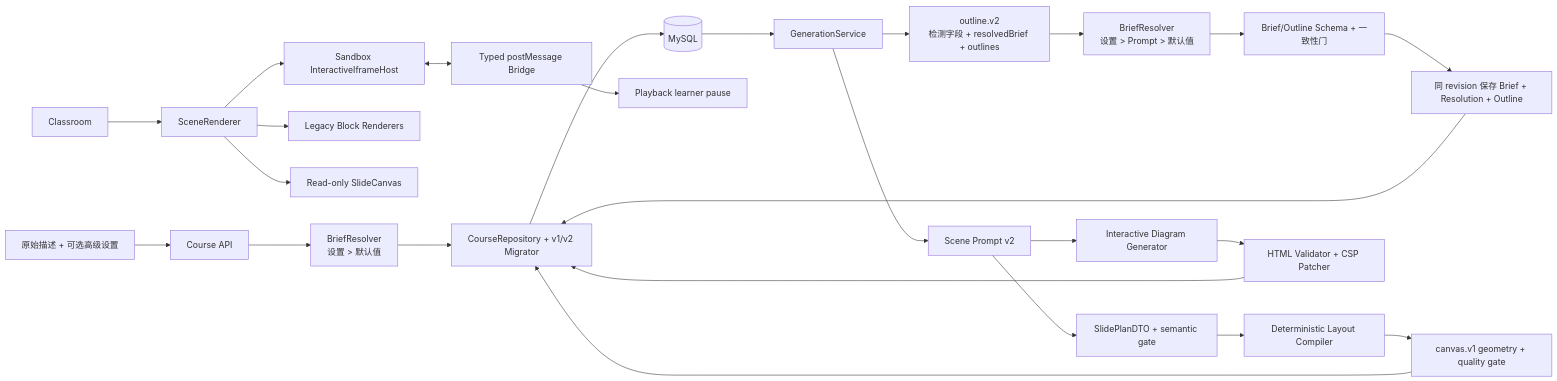
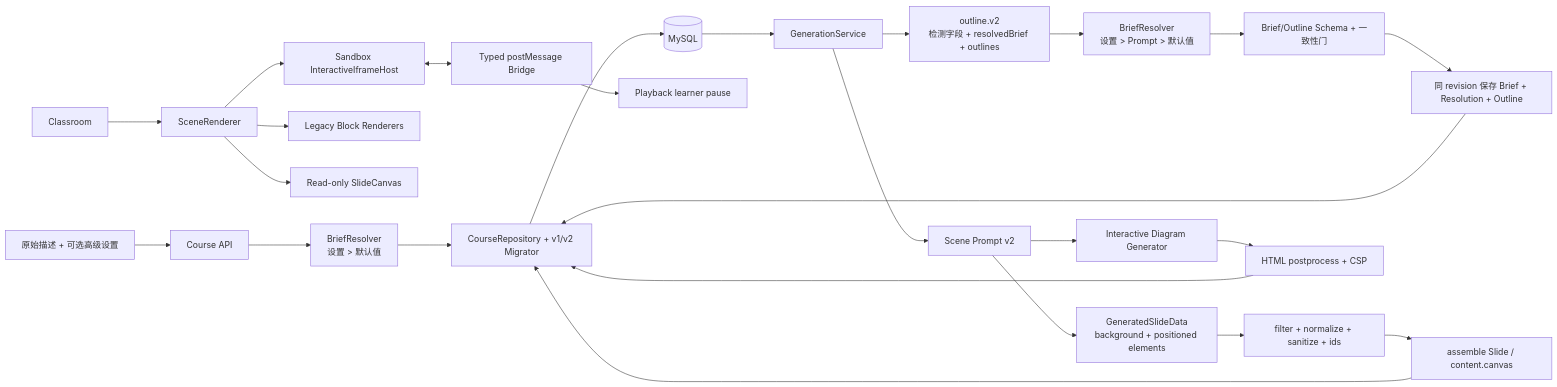
The second of 4 diagrams in docs/03-architecture.md (shuige666666/ai-teaching-assistance-platform), drawn with Mermaid before and after one commit. The commit also changed other lines of this file and 10 other files, not shown here.

````diff
--- a/docs/03-architecture.md
+++ b/docs/03-architecture.md
@@ -245,30 +251,30 @@
 ```mermaid
 flowchart LR
     Input["原始描述 + 可选高级设置"] --> CourseAPI["Course API"]
     CourseAPI --> Provisional["BriefResolver<br/>设置 > 默认值"]
     Provisional --> Repo["CourseRepository + v1/v2 Migrator"]
     Repo --> DB[(MySQL)]
 
     DB --> Generation["GenerationService"]
     Generation --> OutlineV2["outline.v2<br/>检测字段 + resolvedBrief + outlines"]
     OutlineV2 --> Resolve["BriefResolver<br/>设置 > Prompt > 默认值"]
     Resolve --> OutlineGate["Brief/Outline Schema + 一致性门"]
     OutlineGate --> AtomicSave["同 revision 保存 Brief + Resolution + Outline"]
     AtomicSave --> Repo
 
     Generation --> PromptV2["Scene Prompt v2"]
-    PromptV2 --> SlidePlan["SlidePlanDTO + semantic gate"]
-    SlidePlan --> LayoutCompiler["Deterministic Layout Compiler"]
-    LayoutCompiler --> CanvasGate["canvas.v1 geometry + quality gate"]
-    CanvasGate --> Repo
+    PromptV2 --> SlideData["GeneratedSlideData<br/>background + positioned elements"]
+    SlideData --> Normalize["filter + normalize + sanitize + ids"]
+    Normalize --> AssembleSlide["assemble Slide / content.canvas"]
+    AssembleSlide --> Repo
     PromptV2 --> InteractiveGen["Interactive Diagram Generator"]
-    InteractiveGen --> HtmlGate["HTML Validator + CSP Patcher"]
+    InteractiveGen --> HtmlGate["HTML postprocess + CSP"]
     HtmlGate --> Repo
 
     Classroom["Classroom"] --> SceneRenderer["SceneRenderer"]
     SceneRenderer --> LegacyBlocks["Legacy Block Renderers"]
     SceneRenderer --> SlideCanvas["Read-only SlideCanvas"]
     SceneRenderer --> IframeHost["Sandbox InteractiveIframeHost"]
     IframeHost <--> Bridge["Typed postMessage Bridge"]
     Bridge --> Player["Playback learner pause"]
 ```
````
